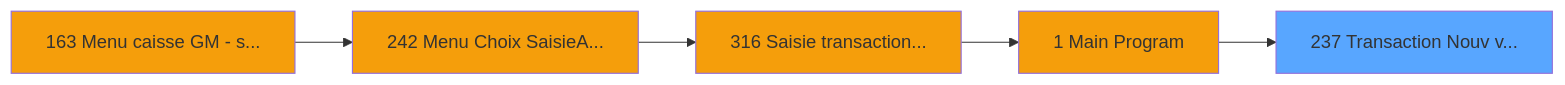
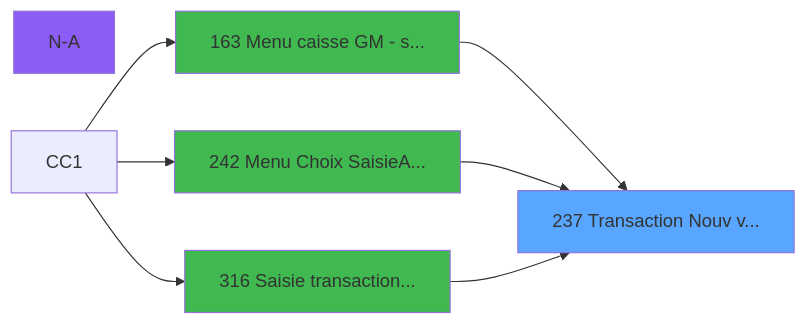
Before and after one commit to thonyAGP/lecteur-magic: the third of 4 diagrams in .openspec/specs/ADH-IDE-237.md, drawn with Mermaid. The commit also changed other lines of this file and 30 other files, not shown here.

````diff
--- a/.openspec/specs/ADH-IDE-237.md
+++ b/.openspec/specs/ADH-IDE-237.md
@@ -1138,17 +1200,19 @@
 ```mermaid
 graph LR
     T237[237 Transaction Nouv v...]
     style T237 fill:#58a6ff
+    CC[N-A]
+    style CC fill:#8b5cf6
     CC163[163 Menu caisse GM - s...]
-    style CC163 fill:#f59e0b
+    style CC163 fill:#3fb950
+    CC1 --> CC163
+    CC163 --> T237
     CC242[242 Menu Choix SaisieA...]
-    style CC242 fill:#f59e0b
-    CC163 --> CC242
+    style CC242 fill:#3fb950
+    CC1 --> CC242
+    CC242 --> T237
     CC316[316 Saisie transaction...]
-    style CC316 fill:#f59e0b
-    CC242 --> CC316
-    CC1[1 Main Program]
-    style CC1 fill:#f59e0b
-    CC316 --> CC1
-    CC1 --> T237
+    style CC316 fill:#3fb950
+    CC1 --> CC316
+    CC316 --> T237
 ```
````
